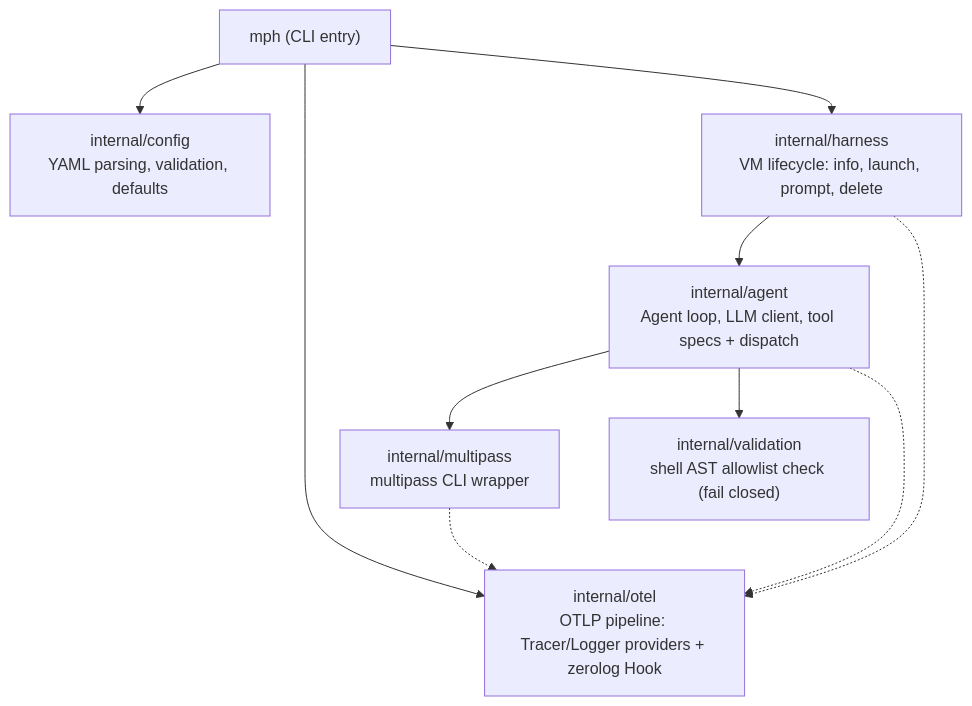
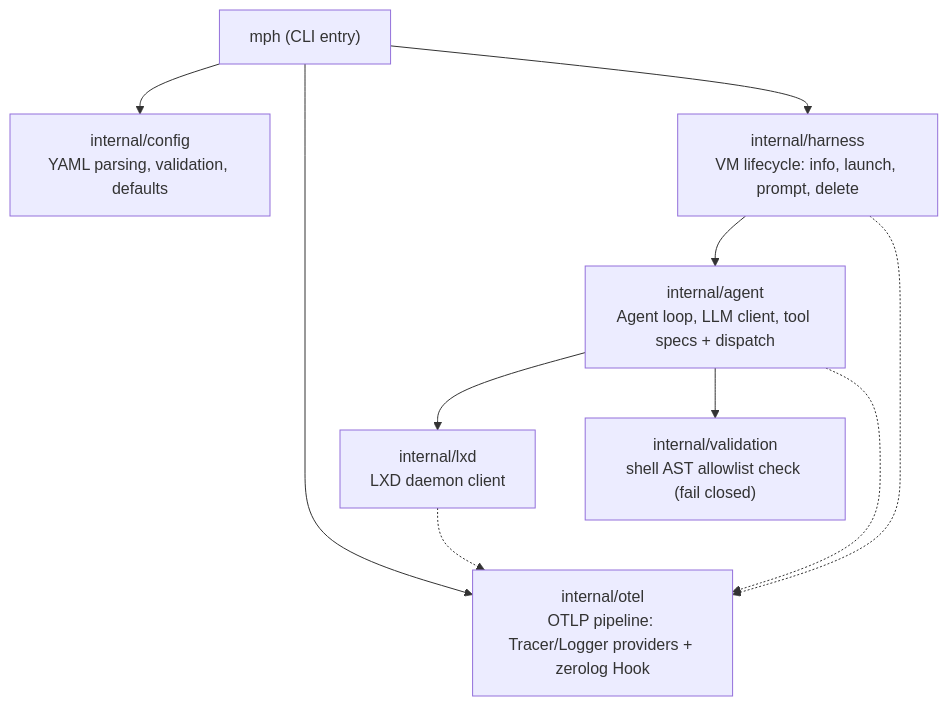
The first of 2 diagrams in docs/reference/arch.md (trollLemon/MPHarness), drawn with Mermaid before and after one commit. The commit also changed other lines of this file and 51 other files, not shown here.

First line of the commit message:
Replace Multipass with LXD (#25)

````diff
--- a/docs/reference/arch.md
+++ b/docs/reference/arch.md
@@ -11,20 +11,20 @@
 ```mermaid
 flowchart TD
     CLI["mph (CLI entry)"]
     CONF["internal/config<br/>YAML parsing, validation, defaults"]
     OTEL["internal/otel<br/>OTLP pipeline: Tracer/Logger providers + zerolog Hook"]
     AGENT["internal/agent<br/>Agent loop, LLM client, tool specs + dispatch"]
     HARNESS["internal/harness<br/>VM lifecycle: info, launch, prompt, delete"]
-    MULTIPASS["internal/multipass<br/>multipass CLI wrapper"]
+    LXD["internal/lxd<br/>LXD daemon client"]
     VALIDATE["internal/validation<br/>shell AST allowlist check (fail closed)"]
 
     CLI --> CONF
     CLI --> OTEL
     CLI --> HARNESS
     HARNESS --> AGENT
-    AGENT --> MULTIPASS
+    AGENT --> LXD
     AGENT --> VALIDATE
     HARNESS -.-> OTEL
     AGENT -.-> OTEL
-    MULTIPASS -.-> OTEL
+    LXD -.-> OTEL
 ```
````
